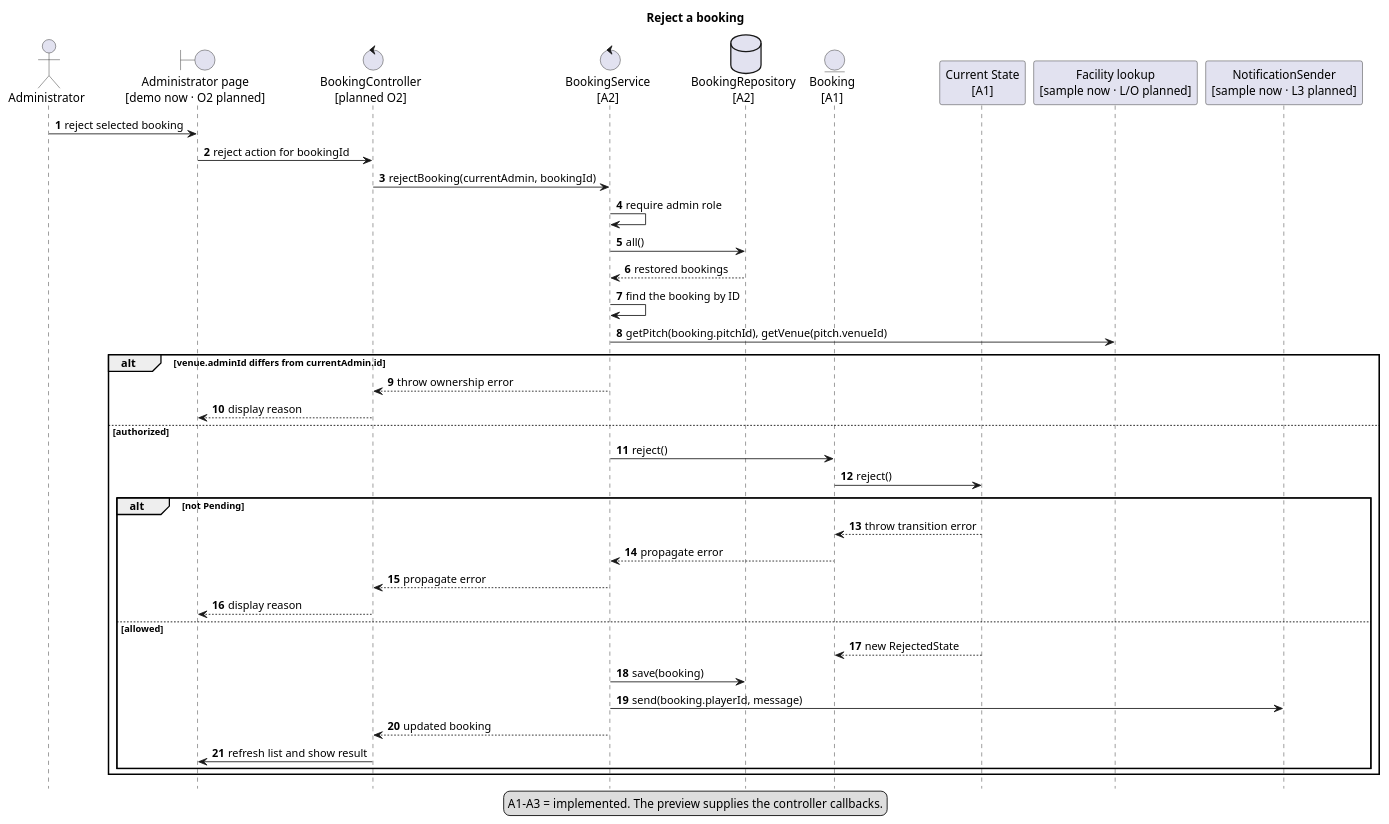
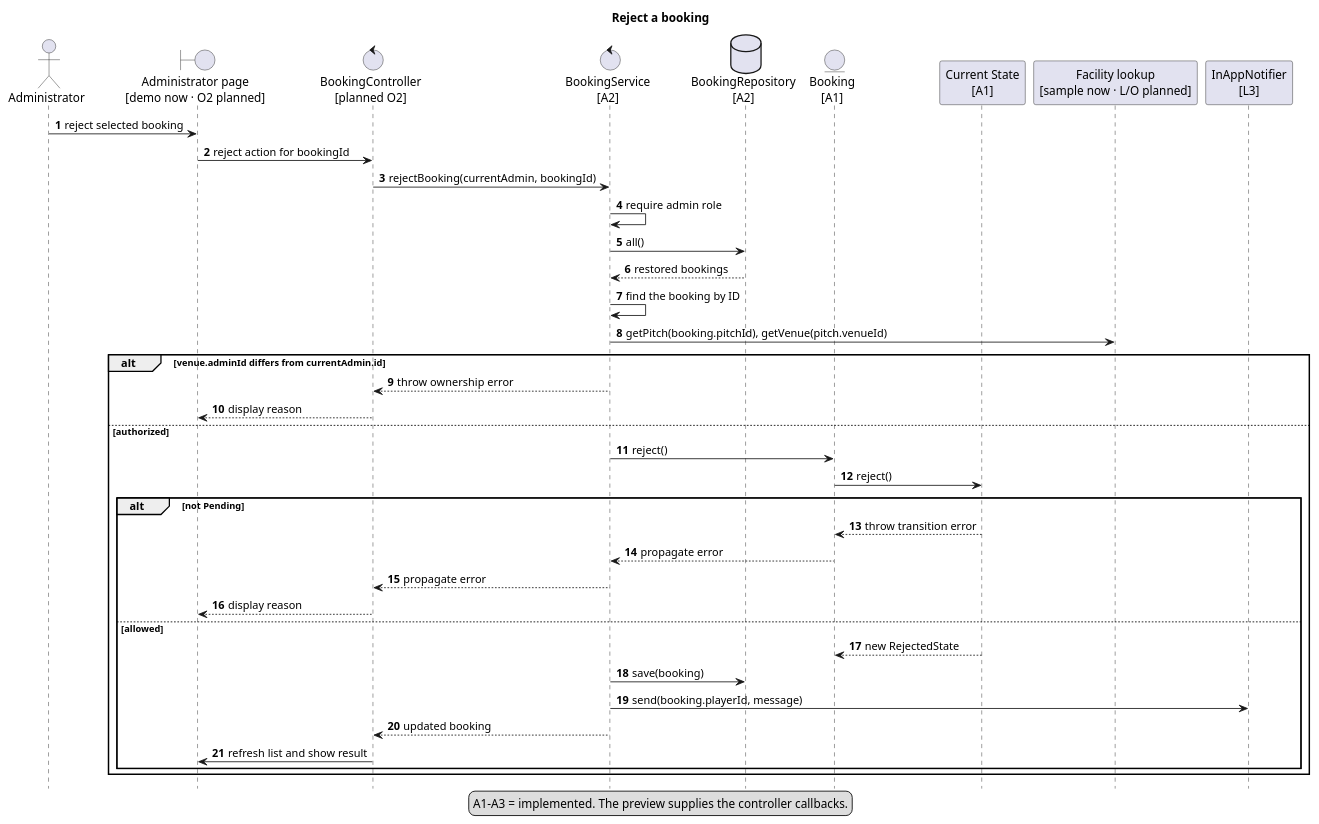
The diagram in diagrams/Part 2/RejectBooking.puml (AnidMehmeti/KickSlot), drawn with PlantUML before and after one commit. The commit also changed 8 other files, not shown here.

```diff
--- a/diagrams/Part 2/RejectBooking.puml
+++ b/diagrams/Part 2/RejectBooking.puml
@@ -1,44 +1,44 @@
 @startuml
 autonumber
 hide footbox
 title Reject a booking
 actor Administrator
 boundary "Administrator page\n[demo now · O2 planned]" as View
 control "BookingController\n[planned O2]" as Controller
 control "BookingService\n[A2]" as Service
 database "BookingRepository\n[A2]" as Repo
 entity "Booking\n[A1]" as Booking
 participant "Current State\n[A1]" as State
 participant "Facility lookup\n[sample now · L/O planned]" as Facilities
-participant "NotificationSender\n[sample now · L3 planned]" as Sender
+participant "InAppNotifier\n[L3]" as Sender
 Administrator -> View : reject selected booking
 View -> Controller : reject action for bookingId
 Controller -> Service : rejectBooking(currentAdmin, bookingId)
 Service -> Service : require admin role
 Service -> Repo : all()
 Repo --> Service : restored bookings
 Service -> Service : find the booking by ID
 Service -> Facilities : getPitch(booking.pitchId), getVenue(pitch.venueId)
 alt venue.adminId differs from currentAdmin.id
   Service --> Controller : throw ownership error
   Controller --> View : display reason
 else authorized
   Service -> Booking : reject()
   Booking -> State : reject()
   alt not Pending
     State --> Booking : throw transition error
     Booking --> Service : propagate error
     Service --> Controller : propagate error
     Controller --> View : display reason
   else allowed
     State --> Booking : new RejectedState
     Service -> Repo : save(booking)
     Service -> Sender : send(booking.playerId, message)
     Service --> Controller : updated booking
     Controller -> View : refresh list and show result
   end
 end
 legend bottom
 A1–A3 = implemented. The preview supplies the controller callbacks.
 endlegend
 @enduml
```
